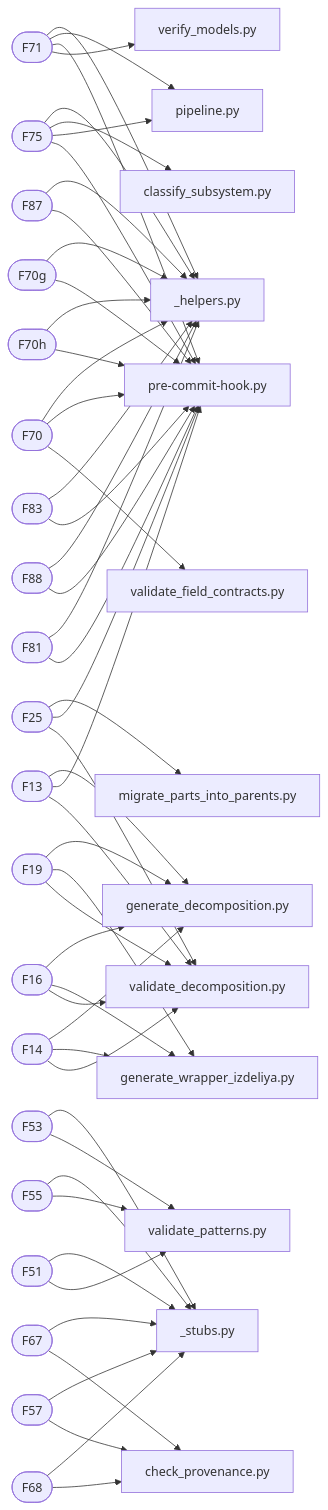
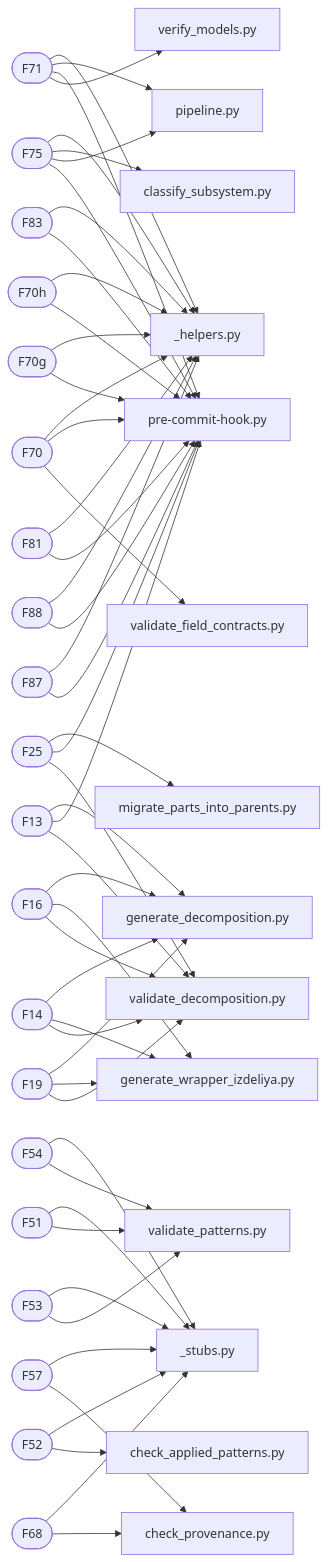
Before and after one commit to a-m-e-n-t-e-t/SkyNet: the diagram in graphs/mermaid/graph3_traceability.md, drawn with Mermaid. The commit also changed 193 other files, not shown here.

First line of the commit message:
fix(graphs): uses_material матчинг, researched_by для изделий, dangling-фильтр, YAML-фиксы

````diff
--- a/graphs/mermaid/graph3_traceability.md
+++ b/graphs/mermaid/graph3_traceability.md
@@ -27,6 +27,20 @@
     F70 --> script_pre-commit-hook_py
     script_validate_field_contracts_py[validate_field_contracts.py]
     F70 --> script_validate_field_contracts_py
+    F16([F16])
+    script_generate_decomposition_py[generate_decomposition.py]
+    F16 --> script_generate_decomposition_py
+    script_generate_wrapper_izdeliya_py[generate_wrapper_izdeliya.py]
+    F16 --> script_generate_wrapper_izdeliya_py
+    script_validate_decomposition_py[validate_decomposition.py]
+    F16 --> script_validate_decomposition_py
+    F14([F14])
+    script_generate_decomposition_py[generate_decomposition.py]
+    F14 --> script_generate_decomposition_py
+    script_generate_wrapper_izdeliya_py[generate_wrapper_izdeliya.py]
+    F14 --> script_generate_wrapper_izdeliya_py
+    script_validate_decomposition_py[validate_decomposition.py]
+    F14 --> script_validate_decomposition_py
     F19([F19])
     script_generate_decomposition_py[generate_decomposition.py]
     F19 --> script_generate_decomposition_py
@@ -34,13 +48,6 @@
     F19 --> script_generate_wrapper_izdeliya_py
     script_validate_decomposition_py[validate_decomposition.py]
     F19 --> script_validate_decomposition_py
-    F16([F16])
-    script_generate_decomposition_py[generate_decomposition.py]
-    F16 --> script_generate_decomposition_py
-    script_generate_wrapper_izdeliya_py[generate_wrapper_izdeliya.py]
-    F16 --> script_generate_wrapper_izdeliya_py
-    script_validate_decomposition_py[validate_decomposition.py]
-    F16 --> script_validate_decomposition_py
     F13([F13])
     script_generate_decomposition_py[generate_decomposition.py]
     F13 --> script_generate_decomposition_py
@@ -48,13 +55,6 @@
     F13 --> script_pre-commit-hook_py
     script_validate_decomposition_py[validate_decomposition.py]
     F13 --> script_validate_decomposition_py
-    F14([F14])
-    script_generate_decomposition_py[generate_decomposition.py]
-    F14 --> script_generate_decomposition_py
-    script_generate_wrapper_izdeliya_py[generate_wrapper_izdeliya.py]
-    F14 --> script_generate_wrapper_izdeliya_py
-    script_validate_decomposition_py[validate_decomposition.py]
-    F14 --> script_validate_decomposition_py
     F25([F25])
     script_migrate_parts_into_parents_py[migrate_parts_into_parents.py]
     F25 --> script_migrate_parts_into_parents_py
@@ -62,51 +62,51 @@
     F25 --> script_pre-commit-hook_py
     script_validate_decomposition_py[validate_decomposition.py]
     F25 --> script_validate_decomposition_py
+    F83([F83])
+    script__helpers_py[_helpers.py]
+    F83 --> script__helpers_py
+    script_pre-commit-hook_py[pre-commit-hook.py]
+    F83 --> script_pre-commit-hook_py
+    F70h([F70h])
+    script__helpers_py[_helpers.py]
+    F70h --> script__helpers_py
+    script_pre-commit-hook_py[pre-commit-hook.py]
+    F70h --> script_pre-commit-hook_py
+    F70g([F70g])
+    script__helpers_py[_helpers.py]
+    F70g --> script__helpers_py
+    script_pre-commit-hook_py[pre-commit-hook.py]
+    F70g --> script_pre-commit-hook_py
+    F81([F81])
+    script__helpers_py[_helpers.py]
+    F81 --> script__helpers_py
+    script_pre-commit-hook_py[pre-commit-hook.py]
+    F81 --> script_pre-commit-hook_py
+    F88([F88])
+    script__helpers_py[_helpers.py]
+    F88 --> script__helpers_py
+    script_pre-commit-hook_py[pre-commit-hook.py]
+    F88 --> script_pre-commit-hook_py
     F87([F87])
     script__helpers_py[_helpers.py]
     F87 --> script__helpers_py
     script_pre-commit-hook_py[pre-commit-hook.py]
     F87 --> script_pre-commit-hook_py
-    F70g([F70g])
-    script__helpers_py[_helpers.py]
-    F70g --> script__helpers_py
-    script_pre-commit-hook_py[pre-commit-hook.py]
-    F70g --> script_pre-commit-hook_py
-    F70h([F70h])
-    script__helpers_py[_helpers.py]
-    F70h --> script__helpers_py
-    script_pre-commit-hook_py[pre-commit-hook.py]
-    F70h --> script_pre-commit-hook_py
-    F83([F83])
-    script__helpers_py[_helpers.py]
-    F83 --> script__helpers_py
-    script_pre-commit-hook_py[pre-commit-hook.py]
-    F83 --> script_pre-commit-hook_py
-    F88([F88])
-    script__helpers_py[_helpers.py]
-    F88 --> script__helpers_py
-    script_pre-commit-hook_py[pre-commit-hook.py]
-    F88 --> script_pre-commit-hook_py
-    F81([F81])
-    script__helpers_py[_helpers.py]
-    F81 --> script__helpers_py
-    script_pre-commit-hook_py[pre-commit-hook.py]
-    F81 --> script_pre-commit-hook_py
-    F53([F53])
+    F54([F54])
     script__stubs_py[_stubs.py]
-    F53 --> script__stubs_py
+    F54 --> script__stubs_py
     script_validate_patterns_py[validate_patterns.py]
-    F53 --> script_validate_patterns_py
-    F55([F55])
+    F54 --> script_validate_patterns_py
+    F51([F51])
     script__stubs_py[_stubs.py]
-    F55 --> script__stubs_py
+    F51 --> script__stubs_py
     script_validate_patterns_py[validate_patterns.py]
-    F55 --> script_validate_patterns_py
-    F67([F67])
+    F51 --> script_validate_patterns_py
+    F52([F52])
     script__stubs_py[_stubs.py]
-    F67 --> script__stubs_py
-    script_check_provenance_py[check_provenance.py]
-    F67 --> script_check_provenance_py
+    F52 --> script__stubs_py
+    script_check_applied_patterns_py[check_applied_patterns.py]
+    F52 --> script_check_applied_patterns_py
     F57([F57])
     script__stubs_py[_stubs.py]
     F57 --> script__stubs_py
@@ -117,9 +117,9 @@
     F68 --> script__stubs_py
     script_check_provenance_py[check_provenance.py]
     F68 --> script_check_provenance_py
-    F51([F51])
+    F53([F53])
     script__stubs_py[_stubs.py]
-    F51 --> script__stubs_py
+    F53 --> script__stubs_py
     script_validate_patterns_py[validate_patterns.py]
-    F51 --> script_validate_patterns_py
+    F53 --> script_validate_patterns_py
 ```
````
